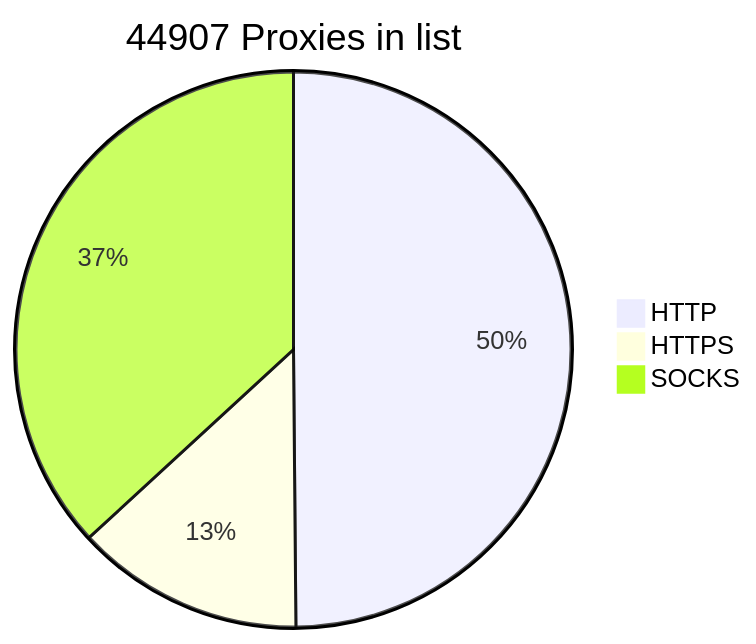
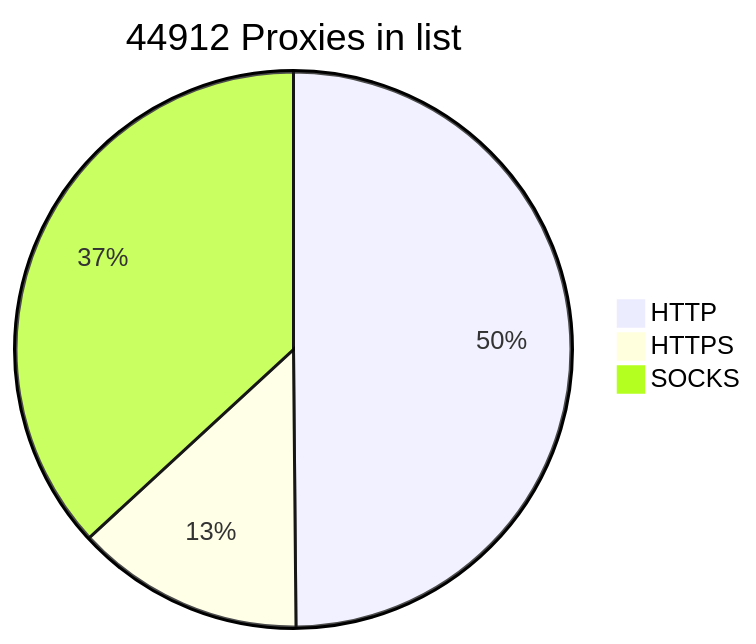
One commit to BlackSnowDot/proxylist-update-every-minute changed the diagram in README.md. Above: the diagram before and after it, drawn with Mermaid.

````diff
--- a/README.md
+++ b/README.md
@@ -2,6 +2,6 @@
 ```mermaid
-pie title 44907 Proxies in list
+pie title 44912 Proxies in list
     "HTTP" : 24977
     "HTTPS": 6661
-    "SOCKS" : 18456
+    "SOCKS" : 18461
 ```
````
